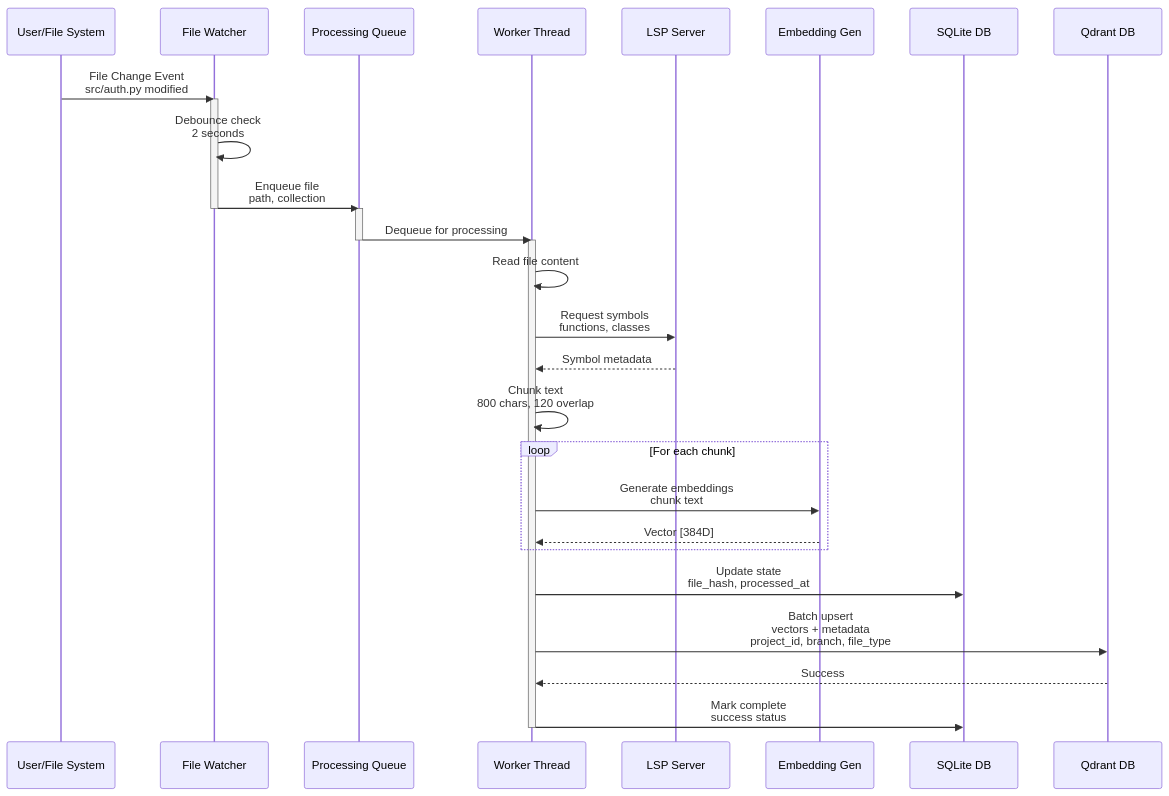
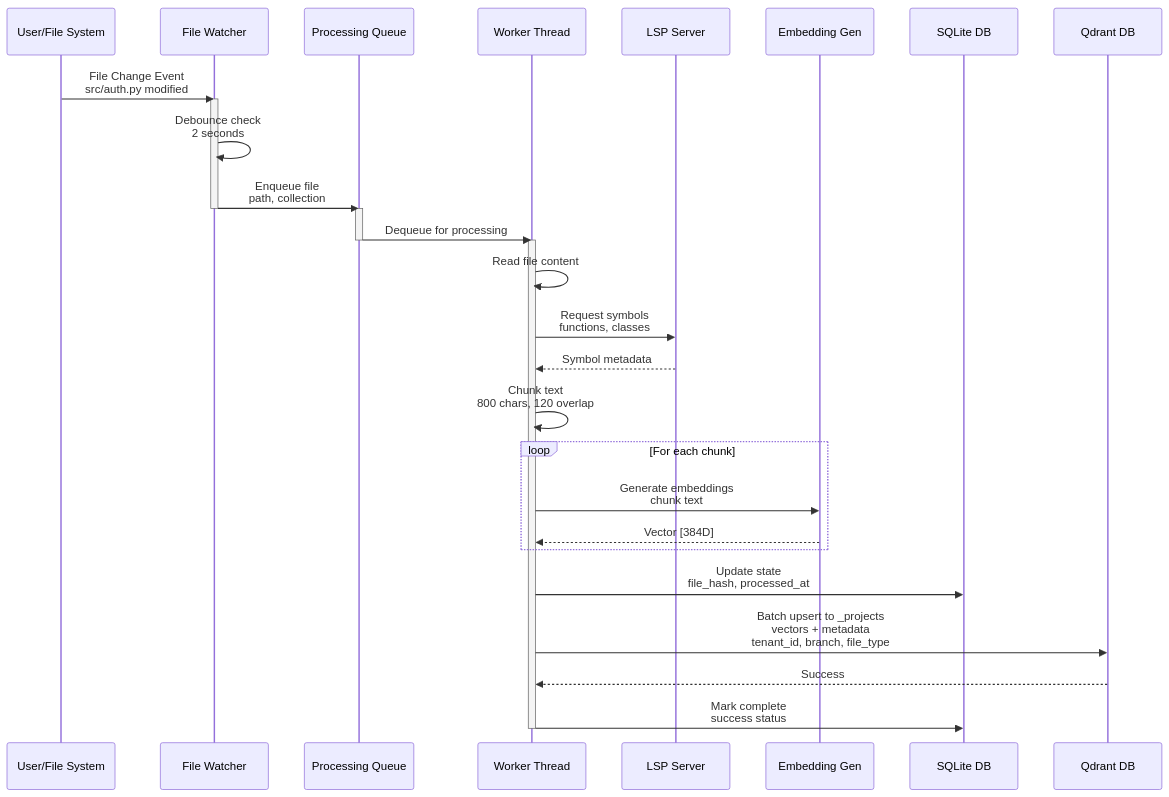
Before and after one commit to ChrisGVE/workspace-qdrant-mcp: the ninth of 11 diagrams in docs/ARCHITECTURE.md, drawn with Mermaid. The commit also changed other lines of this file, not shown here.

````diff
--- a/docs/ARCHITECTURE.md
+++ b/docs/ARCHITECTURE.md
@@ -583,42 +589,42 @@
 ```mermaid
 sequenceDiagram
     participant User as User/File System
     participant Watcher as File Watcher
     participant Queue as Processing Queue
     participant Worker as Worker Thread
     participant LSP as LSP Server
     participant Embed as Embedding Gen
     participant SQLite as SQLite DB
     participant Qdrant as Qdrant DB
 
     User->>Watcher: File Change Event<br/>src/auth.py modified
 
     activate Watcher
     Watcher->>Watcher: Debounce check<br/>2 seconds
     Watcher->>Queue: Enqueue file<br/>path, collection
     deactivate Watcher
 
     activate Queue
     Queue->>Worker: Dequeue for processing
     deactivate Queue
 
     activate Worker
     Worker->>Worker: Read file content
     Worker->>LSP: Request symbols<br/>functions, classes
     LSP-->>Worker: Symbol metadata
 
     Worker->>Worker: Chunk text<br/>800 chars, 120 overlap
 
     loop For each chunk
         Worker->>Embed: Generate embeddings<br/>chunk text
         Embed-->>Worker: Vector [384D]
     end
 
     Worker->>SQLite: Update state<br/>file_hash, processed_at
 
-    Worker->>Qdrant: Batch upsert<br/>vectors + metadata<br/>project_id, branch, file_type
+    Worker->>Qdrant: Batch upsert to _projects<br/>vectors + metadata<br/>tenant_id, branch, file_type
     Qdrant-->>Worker: Success
 
     Worker->>SQLite: Mark complete<br/>success status
     deactivate Worker
 ```
````
